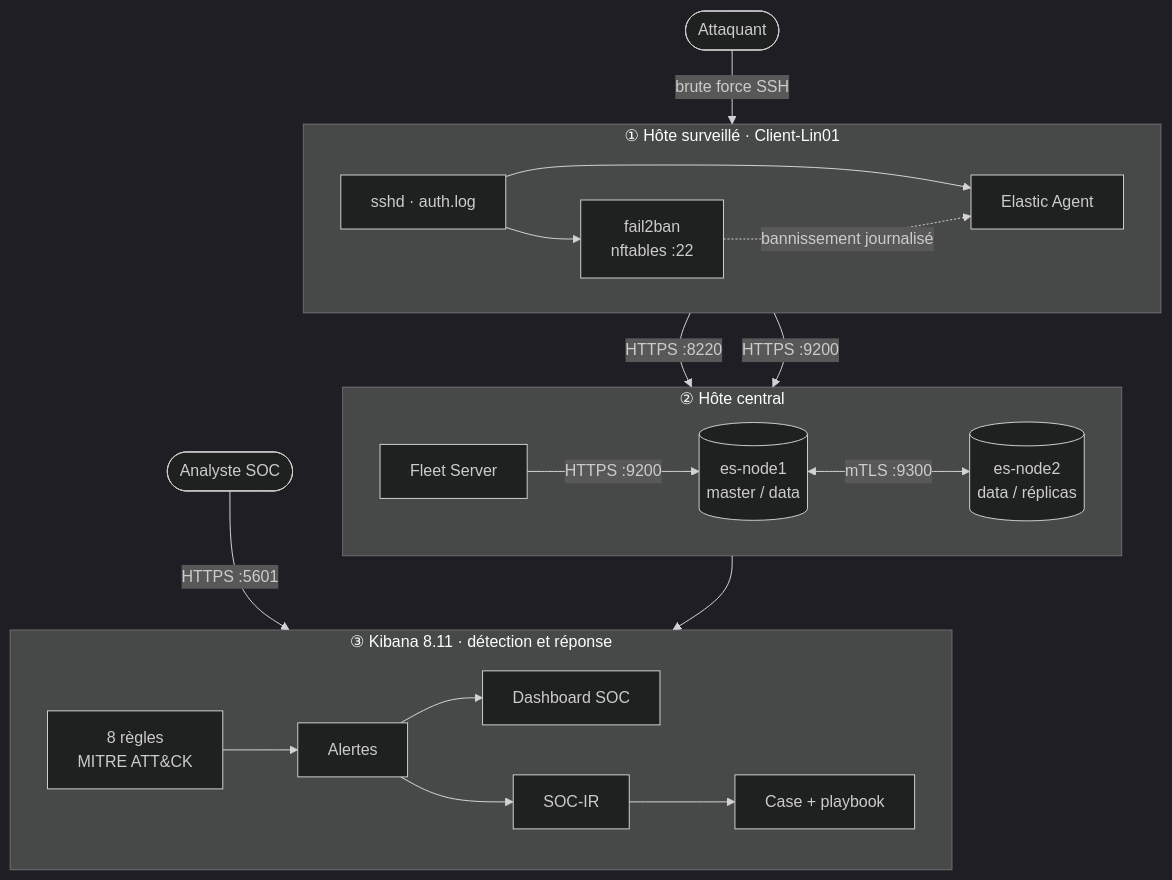
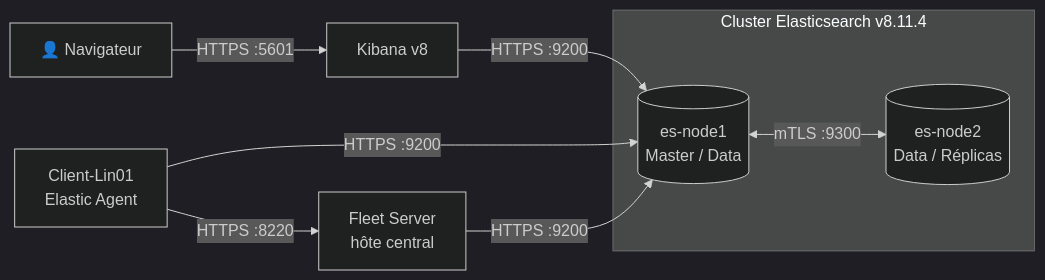
The first of 2 diagrams in README.md (CodjoH/Elastic-Stack-Secure-Observability-Platform), drawn with Mermaid (dark theme) before and after one commit. The commit also changed other lines of this file, not shown here.

Commit message:
Architecture et résultats simplifiés

````diff
--- a/README.md
+++ b/README.md
@@ -41,29 +41,13 @@
 ```mermaid
-flowchart TB
-    ATK([Attaquant]) -- "brute force SSH" --> SSH
-
-    subgraph CLIENT["① Hôte surveillé · Client-Lin01"]
-        direction LR
-        SSH[sshd · auth.log] --> F2B[fail2ban<br/>nftables :22]
-        SSH --> AG[Elastic Agent]
-        F2B -. "bannissement journalisé" .-> AG
+flowchart LR
+    U[👤 Navigateur] -- "HTTPS :5601" --> K[Kibana v8]
+    K -- "HTTPS :9200" --> N1
+    subgraph CLUSTER["Cluster Elasticsearch v8.11.4"]
+        N1[(es-node1<br/>Master / Data)]
+        N2[(es-node2<br/>Data / Réplicas)]
+        N1 <-- "mTLS :9300" --> N2
     end
-
-    subgraph CENTRAL["② Hôte central"]
-        direction LR
-        FS[Fleet Server] -- "HTTPS :9200" --> N1
-        N1[(es-node1<br/>master / data)] <-- "mTLS :9300" --> N2[(es-node2<br/>data / réplicas)]
-    end
-
-    subgraph SOC["③ Kibana 8.11 · détection et réponse"]
-        direction LR
-        R[8 règles<br/>MITRE ATT&CK] --> AL[Alertes]
-        AL --> D[Dashboard SOC]
-        AL --> IR[SOC-IR] --> CS[Case + playbook]
-    end
-
-    AG -- "HTTPS :8220" --> FS
-    AG -- "HTTPS :9200" --> N1
-    N1 --> R
-    U([Analyste SOC]) -- "HTTPS :5601" --> SOC
+    A[Client-Lin01<br/>Elastic Agent] -- "HTTPS :8220" --> FS[Fleet Server<br/>hôte central]
+    A -- "HTTPS :9200" --> N1
+    FS -- "HTTPS :9200" --> N1
 ```
````
